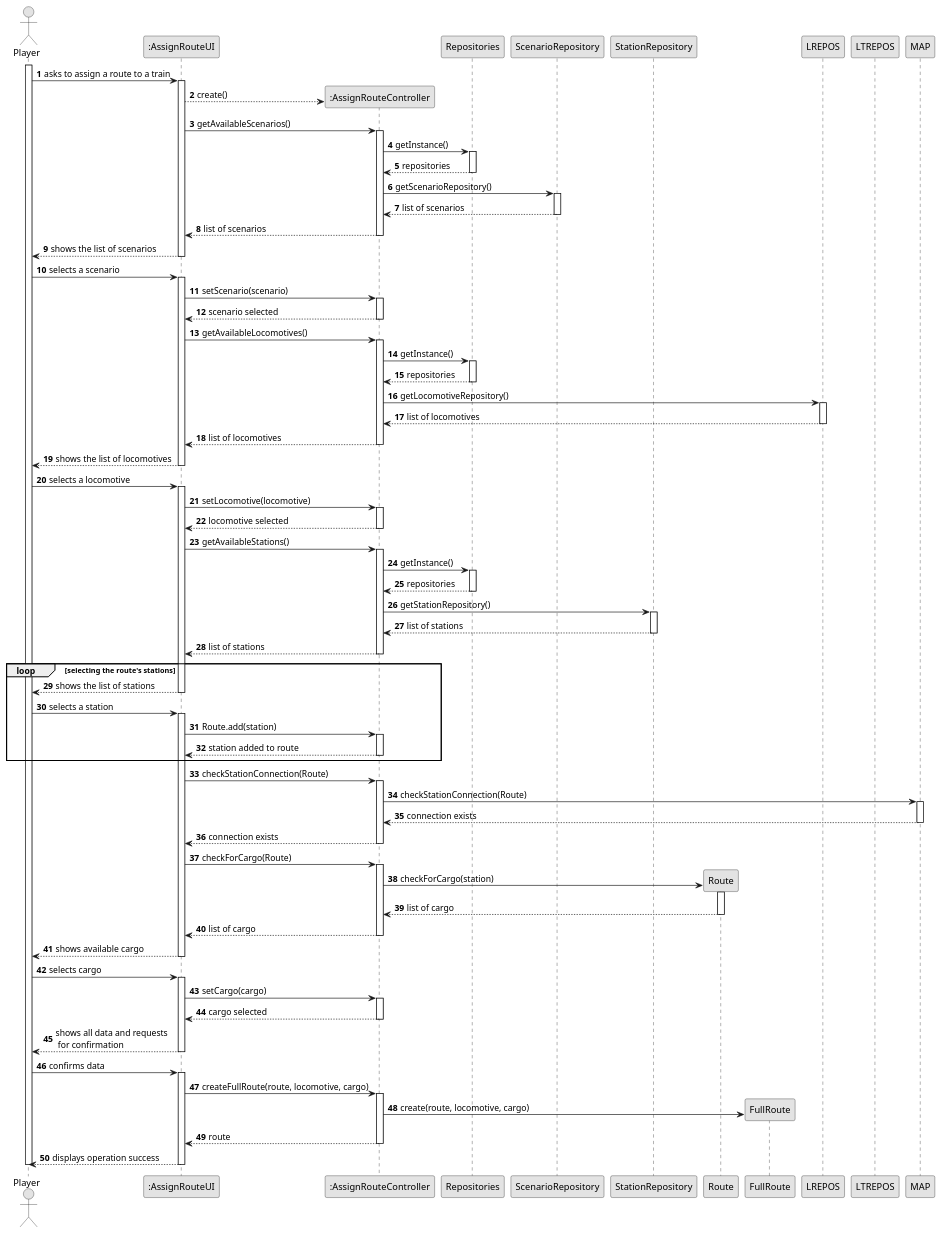
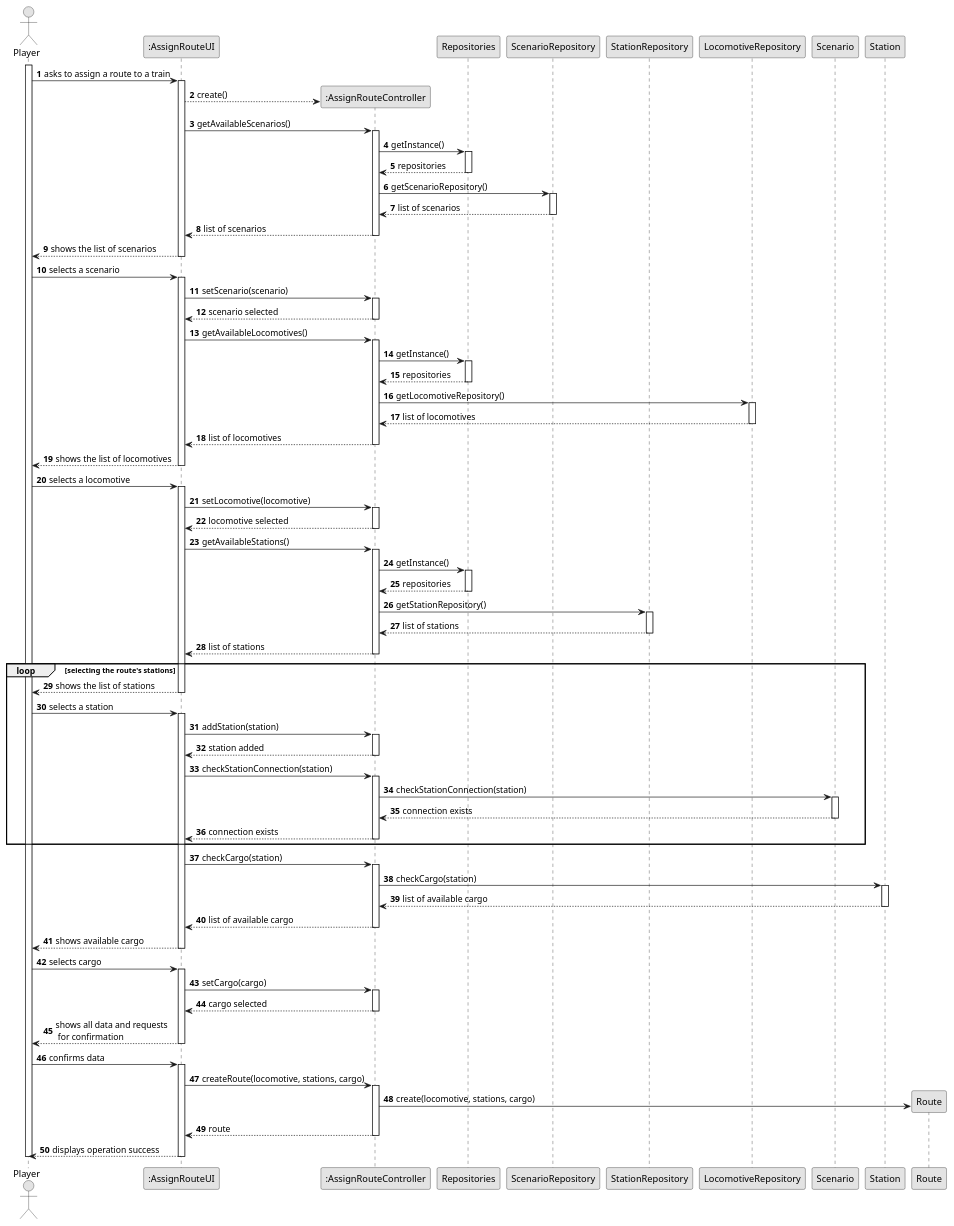
One commit to 1240935/pi2-railway-simulator changed the diagram in Sprint2/US010/03.design/puml/US010-SD-full.puml. Above: the diagram before and after it, drawn with PlantUML. The commit also changed 12 other files, not shown here.

```diff
--- a/Sprint2/US010/03.design/puml/US010-SD-full.puml
+++ b/Sprint2/US010/03.design/puml/US010-SD-full.puml
@@ -1,184 +1,183 @@
 @startuml
 skinparam monochrome true
 skinparam packageStyle rectangle
 skinparam shadowing false
 
 autonumber
 
  actor "Player" as PLAYER
     participant ":AssignRouteUI" as UI
     participant ":AssignRouteController" as CTRL
     participant "Repositories" as REPOS
     participant "ScenarioRepository" as SREPOS
     participant "StationRepository" as STREPOS
+    participant "LocomotiveRepository" as LOCREPOS
+    participant "Scenario" as SCENARIO
+    participant "Station" as STATION
     participant "Route" as ROUTE
-    participant "FullRoute" as FULLROUTE
 
     activate PLAYER
 
     PLAYER -> UI : asks to assign a route to a train
     activate UI
 
     UI --> CTRL** : create()
 
     UI -> CTRL : getAvailableScenarios()
     activate CTRL
 
     CTRL -> REPOS : getInstance()
     activate REPOS
 
     REPOS --> CTRL: repositories
 
     deactivate REPOS
 
     CTRL -> SREPOS : getScenarioRepository()
     activate SREPOS
 
     SREPOS --> CTRL : list of scenarios
 
     deactivate SREPOS
     CTRL --> UI : list of scenarios
     deactivate CTRL
 
     UI --> PLAYER : shows the list of scenarios
     deactivate UI
 
     PLAYER -> UI : selects a scenario
     activate UI
 
     UI -> CTRL :setScenario(scenario)
 
     activate CTRL
 
     CTRL --> UI : scenario selected
 
     deactivate CTRL
 
 
         UI -> CTRL : getAvailableLocomotives()
         activate CTRL
 
         CTRL -> REPOS : getInstance()
         activate REPOS
 
         REPOS --> CTRL: repositories
 
         deactivate REPOS
 
-        CTRL -> LREPOS : getLocomotiveRepository()
-        activate LREPOS
+        CTRL -> LOCREPOS : getLocomotiveRepository()
+        activate LOCREPOS
 
-        LREPOS --> CTRL : list of locomotives
-        deactivate LREPOS
-
-        deactivate LTREPOS
+        LOCREPOS --> CTRL : list of locomotives
+        deactivate LOCREPOS
         CTRL --> UI : list of locomotives
         deactivate CTRL
 
         UI --> PLAYER : shows the list of locomotives
         deactivate UI
 
         PLAYER -> UI : selects a locomotive
         activate UI
 
         UI -> CTRL :setLocomotive(locomotive)
 
         activate CTRL
 
         CTRL --> UI : locomotive selected
 
         deactivate CTRL
 
         UI -> CTRL : getAvailableStations()
                 activate CTRL
 
                 CTRL -> REPOS : getInstance()
                 activate REPOS
 
                 REPOS --> CTRL: repositories
 
                 deactivate REPOS
 
                 CTRL -> STREPOS : getStationRepository()
                 activate STREPOS
 
                 STREPOS --> CTRL : list of stations
 
                 deactivate STREPOS
                 CTRL --> UI : list of stations
                 deactivate CTRL
 
                 loop selecting the route's stations
 
                 UI --> PLAYER : shows the list of stations
                 deactivate UI
 
                 PLAYER -> UI : selects a station
                 activate UI
 
-                UI -> CTRL : Route.add(station)
+                UI -> CTRL : addStation(station)
 
                 activate CTRL
 
-                CTRL --> UI : station added to route
+                CTRL --> UI : station added
 
                 deactivate CTRL
 
-                end loop
-
-                UI -> CTRL : checkStationConnection(Route)
+                UI -> CTRL : checkStationConnection(station)
                 activate CTRL
 
-                CTRL -> MAP : checkStationConnection(Route)
-                    activate MAP
+                CTRL -> SCENARIO : checkStationConnection(station)
+                    activate SCENARIO
 
-                    MAP --> CTRL : connection exists
-                    deactivate MAP
+                    SCENARIO --> CTRL : connection exists
+                    deactivate SCENARIO
 
                     CTRL --> UI : connection exists
                     deactivate CTRL
+                    end loop
 
-                UI -> CTRL : checkForCargo(Route)
+                UI -> CTRL : checkCargo(station)
                 activate CTRL
 
-                CTRL -> ROUTE** : checkForCargo(station)
-                activate ROUTE
+                CTRL -> STATION: checkCargo(station)
+                activate STATION
 
-                ROUTE --> CTRL : list of cargo
-                deactivate ROUTE
+                STATION --> CTRL : list of available cargo
+                deactivate STATION
 
-                CTRL --> UI : list of cargo
+                CTRL --> UI : list of available cargo
                 deactivate CTRL
 
 
                 UI --> PLAYER : shows available cargo
                 deactivate UI
 
 
                 PLAYER -> UI : selects cargo
                 activate UI
 
                 UI -> CTRL : setCargo(cargo)
                 activate CTRL
 
                 CTRL --> UI : cargo selected
                 deactivate CTRL
 
     UI --> PLAYER: shows all data and requests \n for confirmation
     deactivate  UI
 
     PLAYER -> UI: confirms data
     activate UI
 
-    UI -> CTRL : createFullRoute(route, locomotive, cargo)
+    UI -> CTRL : createRoute(locomotive, stations, cargo)
     activate CTRL
 
-    CTRL -> FULLROUTE** : create(route, locomotive, cargo)
+    CTRL -> ROUTE** : create(locomotive, stations, cargo)
 
     CTRL --> UI : route
     deactivate CTRL
 
     UI --> PLAYER : displays operation success
     deactivate UI
     deactivate PLAYER
 @enduml
```
